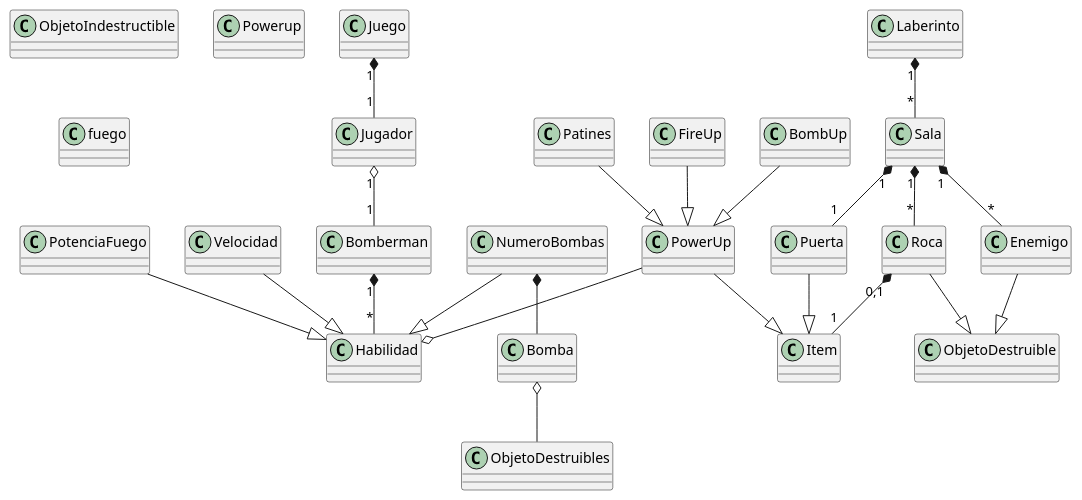
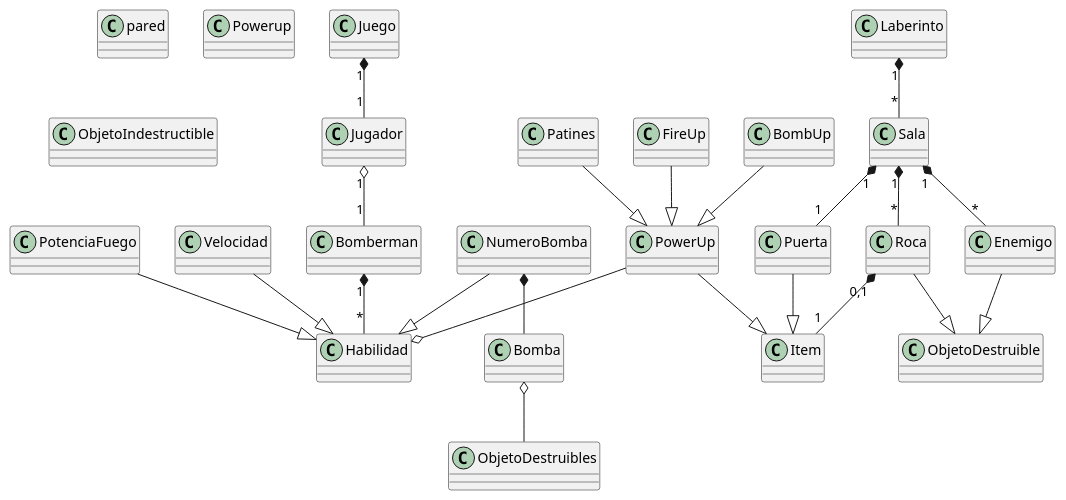
One commit to GabrielNievesRamirez/bomberman changed the diagram in docs/bomberman.puml. Above: the diagram before and after it, drawn with PlantUML. The commit also changed 2 other files, not shown here.

```diff
--- a/docs/bomberman.puml
+++ b/docs/bomberman.puml
@@ -1,61 +1,60 @@
 @startuml Bomberman
 
 class Juego
 class Jugador
 
 
 class Habilidad 
 class PotenciaFuego
 class Velocidad
-class NumeroBombas
+class NumeroBomba
 class Bomberman
 class Enemigo
 
 
 class Sala
 class Laberinto
 class Puerta
 class Roca 
+class pared
+
+class Bomba
+class Powerup
+class Patines
+class FireUp
+class BombUp
+class Item
 class ObjetoDestruible
 class ObjetoIndestructible
 
+Laberinto "1" *-- "*" Sala
+Sala "1" *-- "1" Puerta
+Sala "1" *-- "*" Roca
+Sala "1" *-- "*" Enemigo
+Roca "0,1" *-- "1" Item
+Puerta --|> Item
+PowerUp --|> Item
+Roca --|> ObjetoDestruible
 
-
-class Item
-class Bomba
-class Patines
-class Powerup
-class fuego
-class FireUp
 
 Juego "1"*-- "1" Jugador
 Jugador "1" o-- "1" Bomberman
 Bomberman "1" *-- "*" Habilidad
+Enemigo --|> ObjetoDestruible
 
 BombUp --|> PowerUp
 FireUp --|> PowerUp
 Patines --|> PowerUp
 
 PotenciaFuego --|> Habilidad
 Velocidad --|> Habilidad
-NumeroBombas --|> Habilidad
+NumeroBomba--|> Habilidad
 
 PowerUp --o Habilidad
 
-NumeroBombas *-- Bomba
+NumeroBomba *-- Bomba
 
-Laberinto "1" *-- "*" Sala
 
-Sala "1" *-- "1" Puerta
-Sala "1"*-- "*" Roca
-Sala "1" *-- "*" Enemigo
-Roca "0,1" *-- "1" Item
-Puerta --|> Item
-PowerUp --|> Item
-Roca --|> ObjetoDestruible
-Enemigo --|> ObjetoDestruible
 Bomba o-- ObjetoDestruibles
 
-
-
 @enduml
```
